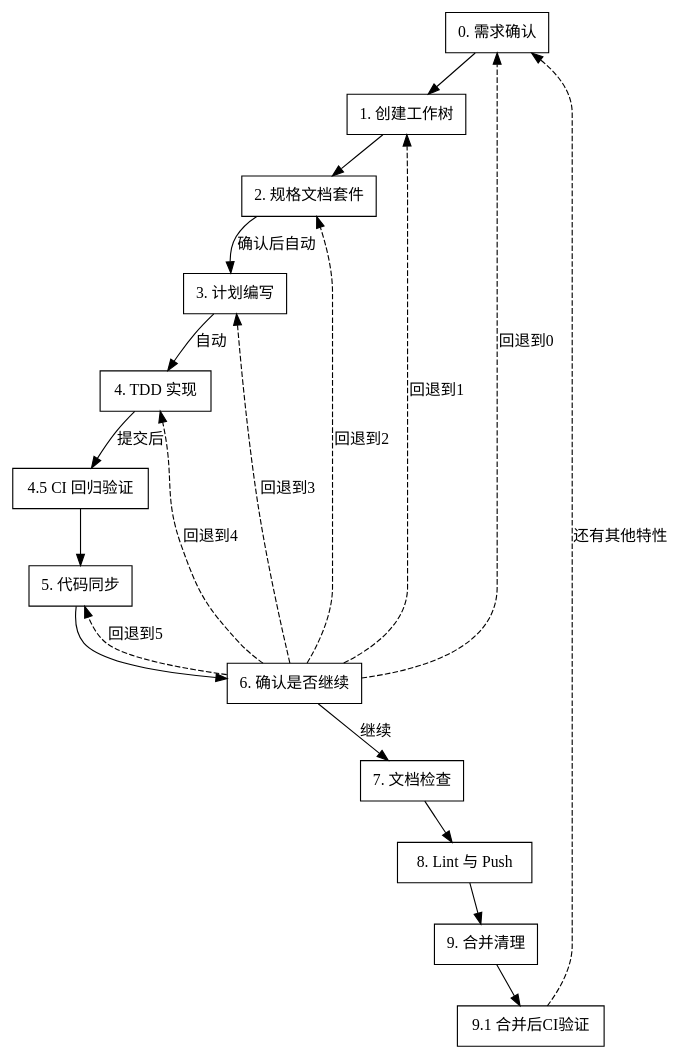
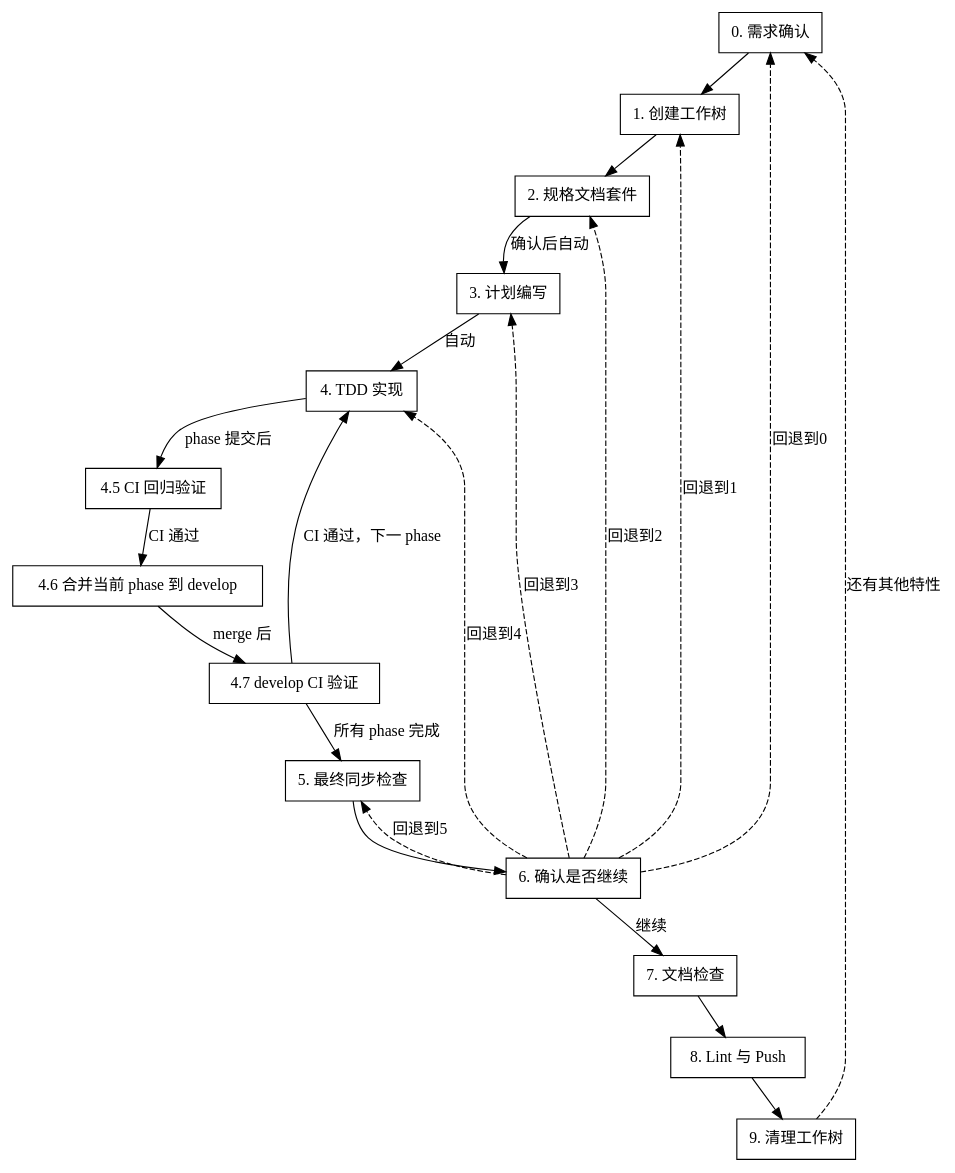
One commit to marcocpt/trae_skills changed the diagram in dd-feature-development-workflow/SKILL.md. Above: the diagram before and after it, drawn with Graphviz. The commit also changed other lines of this file, not shown here.

First line of the commit message:
feat(dd-feature-development-workflow): 每 phase 合并到 develop

````diff
--- a/dd-feature-development-workflow/SKILL.md
+++ b/dd-feature-development-workflow/SKILL.md
@@ -22,24 +22,26 @@
 ```dot
 digraph feature_development_workflow {
     rankdir=TB;
     node [shape=box];
     "0. 需求确认" -> "1. 创建工作树";
     "1. 创建工作树" -> "2. 规格文档套件";
     "2. 规格文档套件" -> "3. 计划编写" [label="确认后自动"];
     "3. 计划编写" -> "4. TDD 实现" [label="自动"];
-    "4. TDD 实现" -> "4.5 CI 回归验证" [label="提交后"];
-    "4.5 CI 回归验证" -> "5. 代码同步";
-    "5. 代码同步" -> "6. 确认是否继续";
+    "4. TDD 实现" -> "4.5 CI 回归验证" [label="phase 提交后"];
+    "4.5 CI 回归验证" -> "4.6 合并当前 phase 到 develop" [label="CI 通过"];
+    "4.6 合并当前 phase 到 develop" -> "4.7 develop CI 验证" [label="merge 后"];
+    "4.7 develop CI 验证" -> "4. TDD 实现" [label="CI 通过，下一 phase"];
+    "4.7 develop CI 验证" -> "5. 最终同步检查" [label="所有 phase 完成"];
+    "5. 最终同步检查" -> "6. 确认是否继续";
     "6. 确认是否继续" -> "7. 文档检查" [label="继续"];
     "6. 确认是否继续" -> "0. 需求确认" [label="回退到0", style=dashed];
     "6. 确认是否继续" -> "1. 创建工作树" [label="回退到1", style=dashed];
     "6. 确认是否继续" -> "2. 规格文档套件" [label="回退到2", style=dashed];
     "6. 确认是否继续" -> "3. 计划编写" [label="回退到3", style=dashed];
     "6. 确认是否继续" -> "4. TDD 实现" [label="回退到4", style=dashed];
-    "6. 确认是否继续" -> "5. 代码同步" [label="回退到5", style=dashed];
+    "6. 确认是否继续" -> "5. 最终同步检查" [label="回退到5", style=dashed];
     "7. 文档检查" -> "8. Lint 与 Push";
-    "8. Lint 与 Push" -> "9. 合并清理";
-    "9. 合并清理" -> "9.1 合并后CI验证";
-    "9.1 合并后CI验证" -> "0. 需求确认" [label="还有其他特性", style=dashed];
+    "8. Lint 与 Push" -> "9. 清理工作树";
+    "9. 清理工作树" -> "0. 需求确认" [label="还有其他特性", style=dashed];
 }
 ```
````
